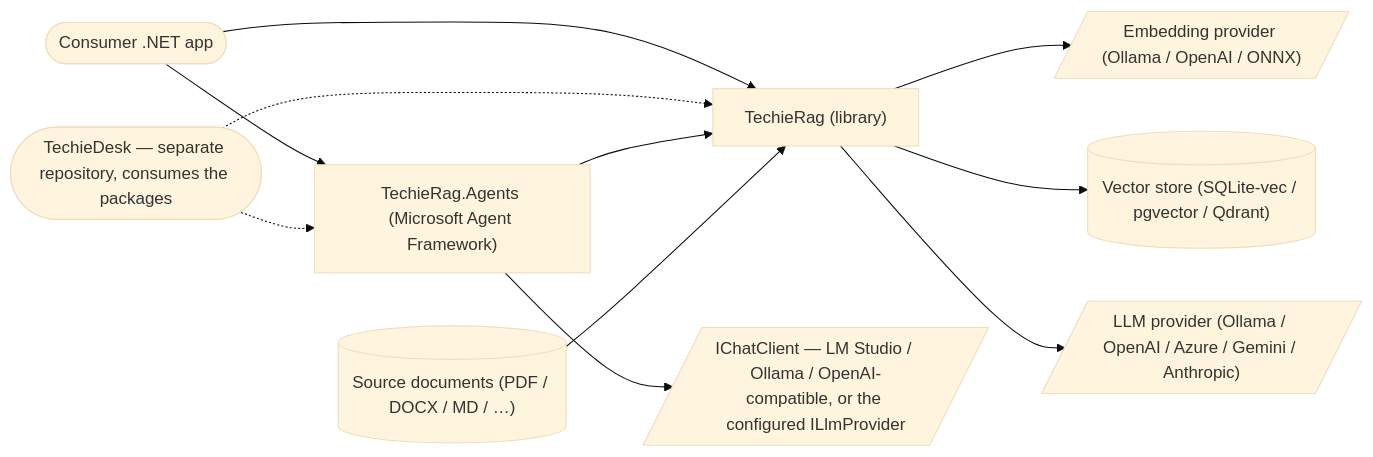
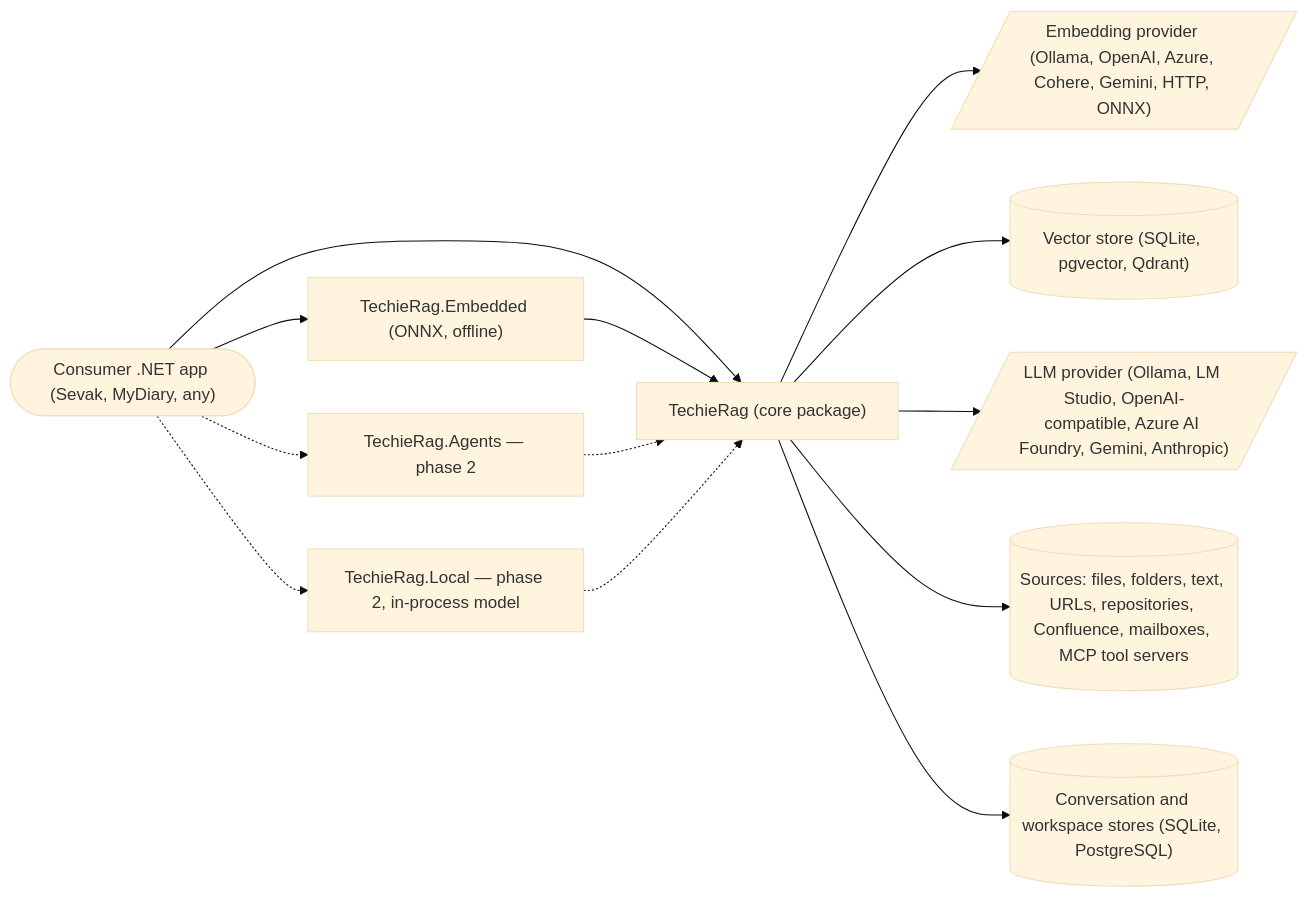
Before and after one commit to techierathore/TechieRag: the diagram in docs/TechieRag-BRD.md, drawn with Mermaid (base theme). The commit also changed other lines of this file and 777 other files, not shown here.

Commit message:
Removed TechieDesk

````diff
--- a/docs/TechieRag-BRD.md
+++ b/docs/TechieRag-BRD.md
@@ -134,13 +366,15 @@
 ```mermaid
 flowchart LR
-  Dev(["Consumer .NET app"]) --> TR["TechieRag (library)"]
-  Dev --> AG["TechieRag.Agents (Microsoft Agent Framework)"]
-  Desk(["TechieDesk — separate repository, consumes the packages"]) -.-> TR
-  Desk -.-> AG
-  AG --> TR
-  AG --> MAF[/"IChatClient — LM Studio / Ollama / OpenAI-compatible, or the configured ILlmProvider"/]
-  TR --> Emb[/"Embedding provider (Ollama / OpenAI / ONNX)"/]
-  TR --> Vec[("Vector store (SQLite-vec / pgvector / Qdrant)")]
-  TR --> Llm[/"LLM provider (Ollama / OpenAI / Azure / Gemini / Anthropic)"/]
-  Docs[("Source documents (PDF / DOCX / MD / …)")] --> TR
+  Dev(["Consumer .NET app (Sevak, MyDiary, any)"]) --> TR["TechieRag (core package)"]
+  Dev --> EMB["TechieRag.Embedded (ONNX, offline)"]
+  Dev -.-> AG["TechieRag.Agents — phase 2"]
+  Dev -.-> LOC["TechieRag.Local — phase 2, in-process model"]
+  EMB --> TR
+  AG -.-> TR
+  LOC -.-> TR
+  TR --> Emb[/"Embedding provider (Ollama, OpenAI, Azure, Cohere, Gemini, HTTP, ONNX)"/]
+  TR --> Vec[("Vector store (SQLite, pgvector, Qdrant)")]
+  TR --> Llm[/"LLM provider (Ollama, LM Studio, OpenAI-compatible, Azure AI Foundry, Gemini, Anthropic)"/]
+  TR --> Src[("Sources: files, folders, text, URLs, repositories, Confluence, mailboxes, MCP tool servers")]
+  TR --> Store[("Conversation and workspace stores (SQLite, PostgreSQL)")]
 ```
````
